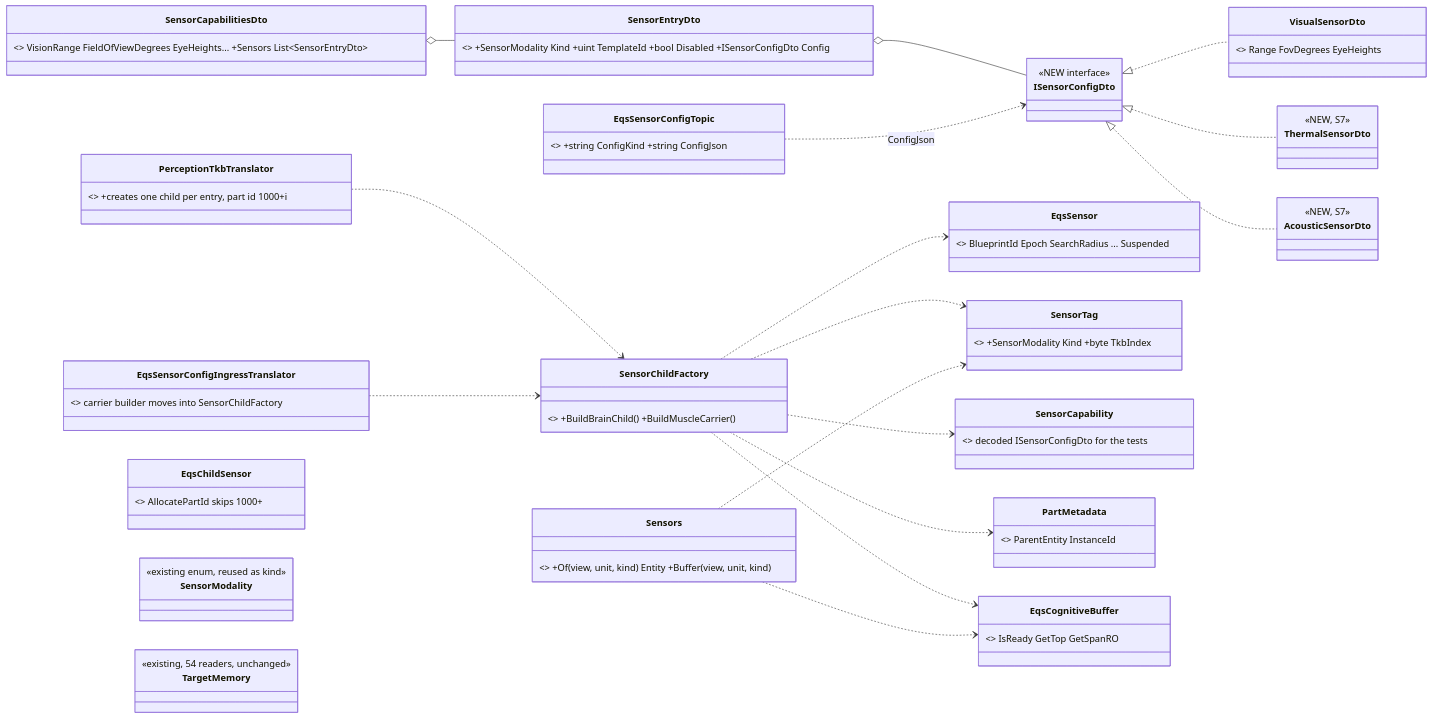
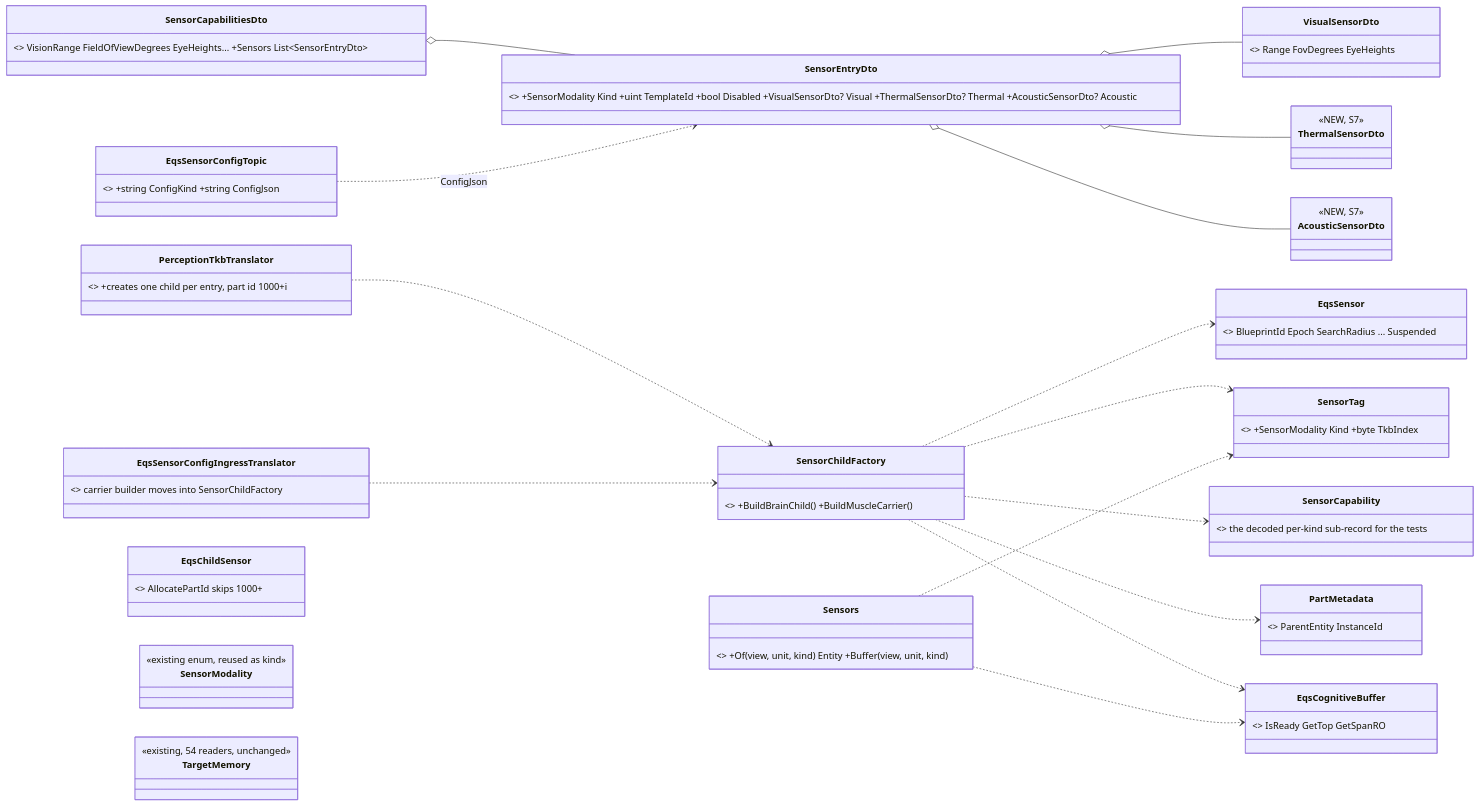
One commit to pjanec/HROT changed the second of 10 diagrams in docs/DESIGN_Sensors_And_Doctrine.md. Above: the diagram before and after it, drawn with Mermaid. The commit also changed other lines of this file and 1 other file, not shown here.

````diff
--- a/docs/DESIGN_Sensors_And_Doctrine.md
+++ b/docs/DESIGN_Sensors_And_Doctrine.md
@@ -105,38 +105,36 @@
 ```mermaid
 classDiagram
   direction LR
   class SensorCapabilitiesDto { <<existing TKB, grows>> VisionRange FieldOfViewDegrees EyeHeights... +Sensors List~SensorEntryDto~ }
-  class SensorEntryDto { <<NEW TKB>> +SensorModality Kind +uint TemplateId +bool Disabled +ISensorConfigDto Config }
-  class ISensorConfigDto { <<NEW interface>> }
+  class SensorEntryDto { <<NEW TKB>> +SensorModality Kind +uint TemplateId +bool Disabled +VisualSensorDto? Visual +ThermalSensorDto? Thermal +AcousticSensorDto? Acoustic }
   class VisualSensorDto { <<NEW>> Range FovDegrees EyeHeights }
   class ThermalSensorDto { <<NEW, S7>> }
   class AcousticSensorDto { <<NEW, S7>> }
   class PerceptionTkbTranslator { <<existing, extended>> +creates one child per entry, part id 1000+i }
   class SensorChildFactory { <<NEW, one builder>> +BuildBrainChild() +BuildMuscleCarrier() }
   class EqsSensorConfigIngressTranslator { <<existing>> carrier builder moves into SensorChildFactory }
   class EqsSensor { <<existing>> BlueprintId Epoch SearchRadius ... Suspended }
   class SensorTag { <<NEW component>> +SensorModality Kind +byte TkbIndex }
-  class SensorCapability { <<NEW Muscle-only>> decoded ISensorConfigDto for the tests }
+  class SensorCapability { <<NEW Muscle-only>> the decoded per-kind sub-record for the tests }
   class PartMetadata { <<existing>> ParentEntity InstanceId }
   class EqsCognitiveBuffer { <<existing>> IsReady GetTop GetSpanRO }
   class EqsSensorConfigTopic { <<existing wire, grows>> +string ConfigKind +string ConfigJson }
   class EqsChildSensor { <<existing>> AllocatePartId skips 1000+ }
   class Sensors { <<NEW static>> +Of(view, unit, kind) Entity +Buffer(view, unit, kind) }
   class SensorModality { <<existing enum, reused as kind>> }
   class TargetMemory { <<existing, 54 readers, unchanged>> }
   SensorCapabilitiesDto o-- SensorEntryDto
-  SensorEntryDto o-- ISensorConfigDto
-  ISensorConfigDto <|.. VisualSensorDto
-  ISensorConfigDto <|.. ThermalSensorDto
-  ISensorConfigDto <|.. AcousticSensorDto
+  SensorEntryDto o-- VisualSensorDto
+  SensorEntryDto o-- ThermalSensorDto
+  SensorEntryDto o-- AcousticSensorDto
   PerceptionTkbTranslator ..> SensorChildFactory
   EqsSensorConfigIngressTranslator ..> SensorChildFactory
   SensorChildFactory ..> EqsSensor
   SensorChildFactory ..> SensorTag
   SensorChildFactory ..> SensorCapability
   SensorChildFactory ..> PartMetadata
   SensorChildFactory ..> EqsCognitiveBuffer
-  EqsSensorConfigTopic ..> ISensorConfigDto : ConfigJson
+  EqsSensorConfigTopic ..> SensorEntryDto : ConfigJson
   Sensors ..> SensorTag
   Sensors ..> EqsCognitiveBuffer
 ```
````
